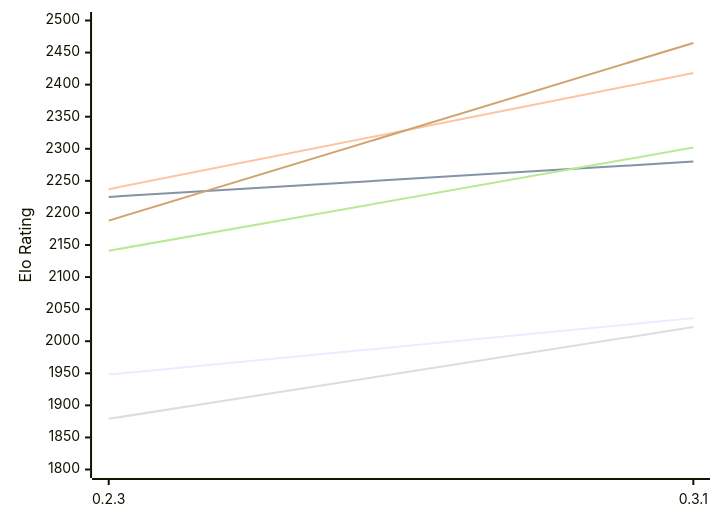
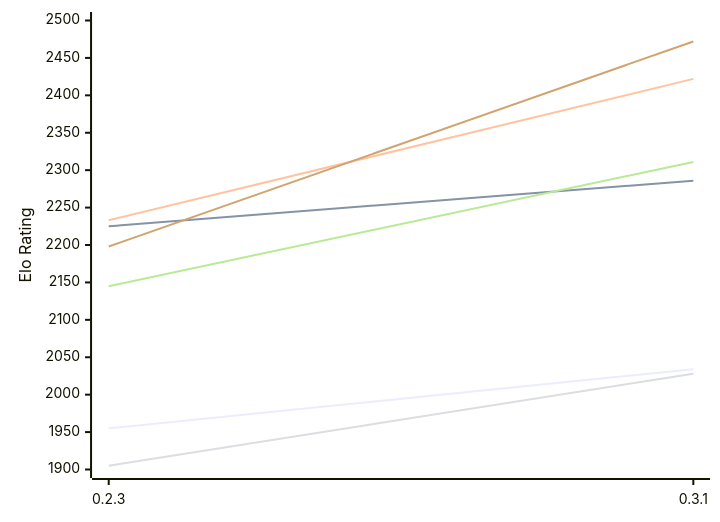
One commit to computer-chess-index/cci changed the first of 2 diagrams in engines/Lolbot.md. Above: the diagram before and after it, drawn with Mermaid. The commit also changed other lines of this file, not shown here.

Commit message:
Update CCI Ratings (ELO VLTC) - 2026-11-25

````diff
--- a/engines/Lolbot.md
+++ b/engines/Lolbot.md
@@ -53,12 +53,12 @@
 ```mermaid
 %%{init: {"theme":"base","themeVariables":{"seriesColors:['#a3a3a3','#222221','#faa371']}}}%%
 xychart-beta
   x-axis ["0.2.3", "0.3.1"]
-  y-axis "Elo Rating" 1800 --> 2500
-  line "E1: STC (8.0+0.08s)" [1948, 2036]
-  line "E1: LTC (60.0+0.60s)" [2225, 2280]
-  line "E1: VLTC (2m24s+1.12s)" [2237, 2418]
-  line "P1: STC (8.0+0.08s)" [1879, 2022]
-  line "P1: LTC (60.0+0.60s)" [2141, 2302]
-  line "P1: VLTC (2m24s+1.12s)" [2188, 2465]
+  y-axis "Elo Rating" 1900 --> 2500
+  line "E1: STC (8.0+0.08s)" [1955, 2034]
+  line "E1: LTC (60.0+0.60s)" [2225, 2286]
+  line "E1: VLTC (2m24s+1.12s)" [2233, 2422]
+  line "P1: STC (8.0+0.08s)" [1905, 2028]
+  line "P1: LTC (60.0+0.60s)" [2145, 2311]
+  line "P1: VLTC (2m24s+1.12s)" [2198, 2472]
 ```
````
